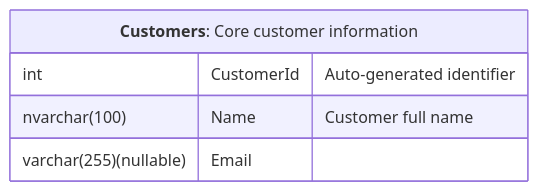
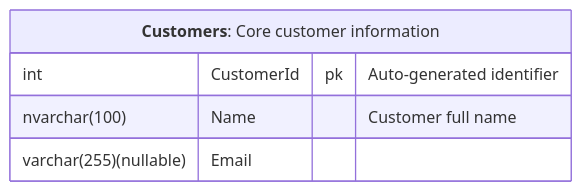
The diagram in src/SqlServerToMermaid.Tests/Tests.RenderMarkdownFromScriptWithComments.verified.md (SimonCropp/DbToMermaid), drawn with Mermaid before and after one commit. The commit also changed 14 other files, not shown here.

````diff
--- a/src/SqlServerToMermaid.Tests/Tests.RenderMarkdownFromScriptWithComments.verified.md
+++ b/src/SqlServerToMermaid.Tests/Tests.RenderMarkdownFromScriptWithComments.verified.md
@@ -1,8 +1,8 @@
 ```mermaid
 erDiagram
   Customers["**Customers**: Core customer information"] {
-    int CustomerId "Auto-generated identifier"
+    int CustomerId pk "Auto-generated identifier"
     nvarchar(100) Name "Customer full name"
     varchar(255)(nullable) Email
   }
 ```
````
